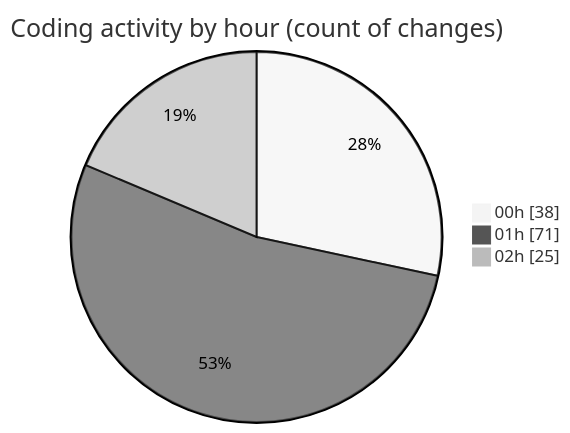
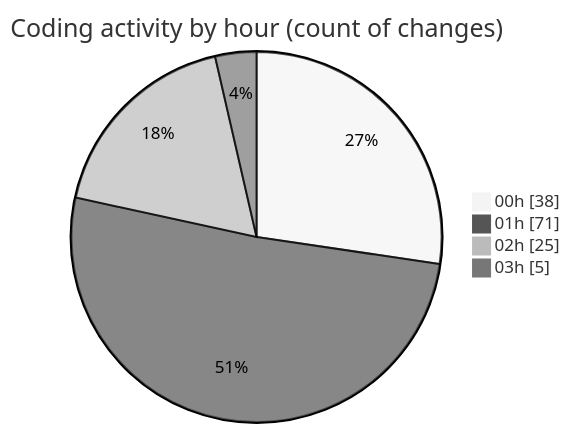
Before and after one commit to lephambinh05/code-tracking: the second of 2 diagrams in 2025-07-27/quanlyrapchieuphim-1/README.md, drawn with Mermaid (neutral theme). The commit also changed other lines of this file and 1 other file, not shown here.

````diff
--- a/2025-07-27/quanlyrapchieuphim-1/README.md
+++ b/2025-07-27/quanlyrapchieuphim-1/README.md
@@ -64,7 +66,8 @@
 ```mermaid
 pie showData
 title Coding activity by hour (count of changes)
 "00h" : 38
 "01h" : 71
 "02h" : 25
+"03h" : 5
 ```
````
